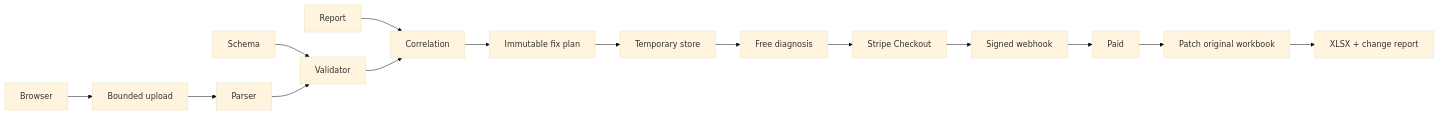
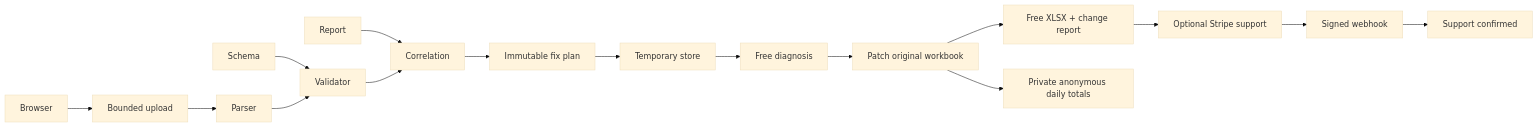
The diagram in ARCHITECTURE.md (Nubiaris-Public/FeedFix), drawn with Mermaid (base theme) before and after one commit. The commit also changed other lines of this file and 59 other files, not shown here.

````diff
--- a/ARCHITECTURE.md
+++ b/ARCHITECTURE.md
@@ -12,17 +12,18 @@
 ```mermaid
 flowchart LR
   Browser --> Upload[Bounded upload]
   Upload --> Parser
   Schema --> Validator
   Parser --> Validator
   Report --> Correlation
   Validator --> Correlation
   Correlation --> Plan[Immutable fix plan]
   Plan --> Store[Temporary store]
   Store --> Diagnosis[Free diagnosis]
-  Diagnosis --> Checkout[Stripe Checkout]
+  Diagnosis --> Fix[Patch original workbook]
+  Fix --> Download[Free XLSX + change report]
+  Fix --> Counts[Private anonymous daily totals]
+  Download --> Checkout[Optional Stripe support]
   Checkout --> Webhook[Signed webhook]
-  Webhook --> Paid
-  Paid --> Fix[Patch original workbook]
-  Fix --> Download[XLSX + change report]
+  Webhook --> Thanks[Support confirmed]
 ```
````
